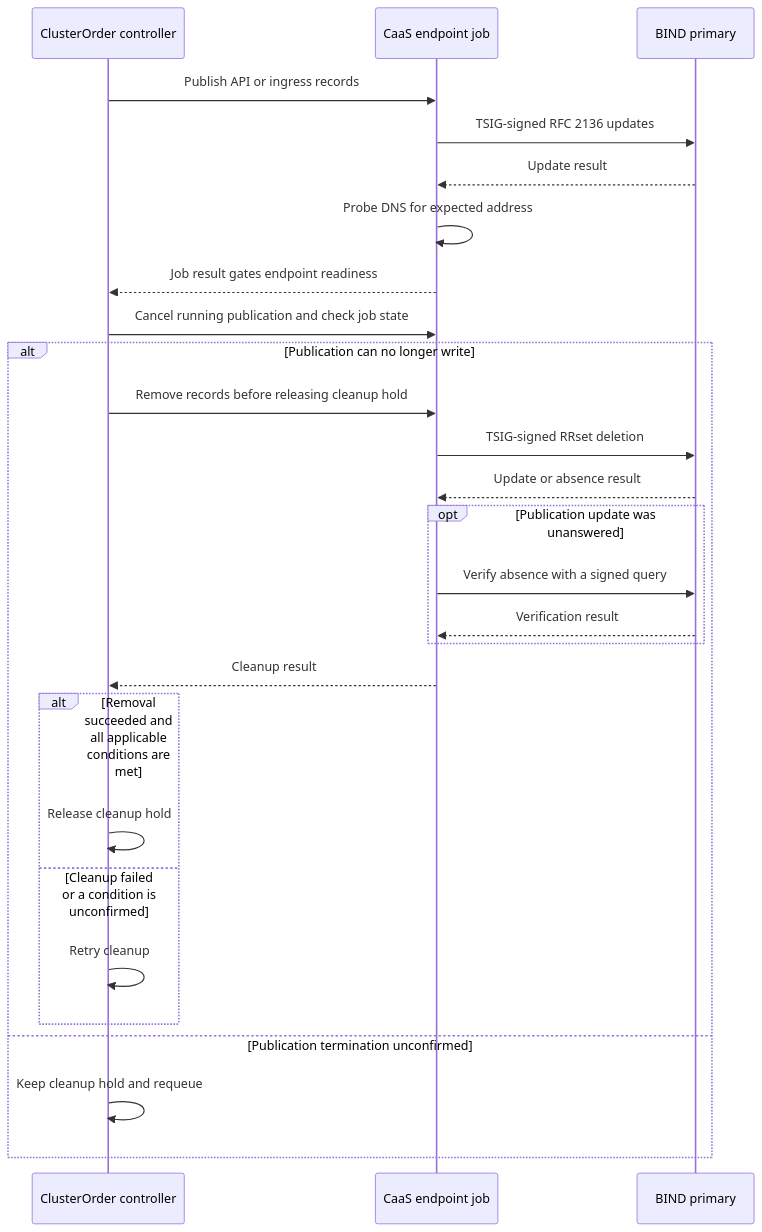
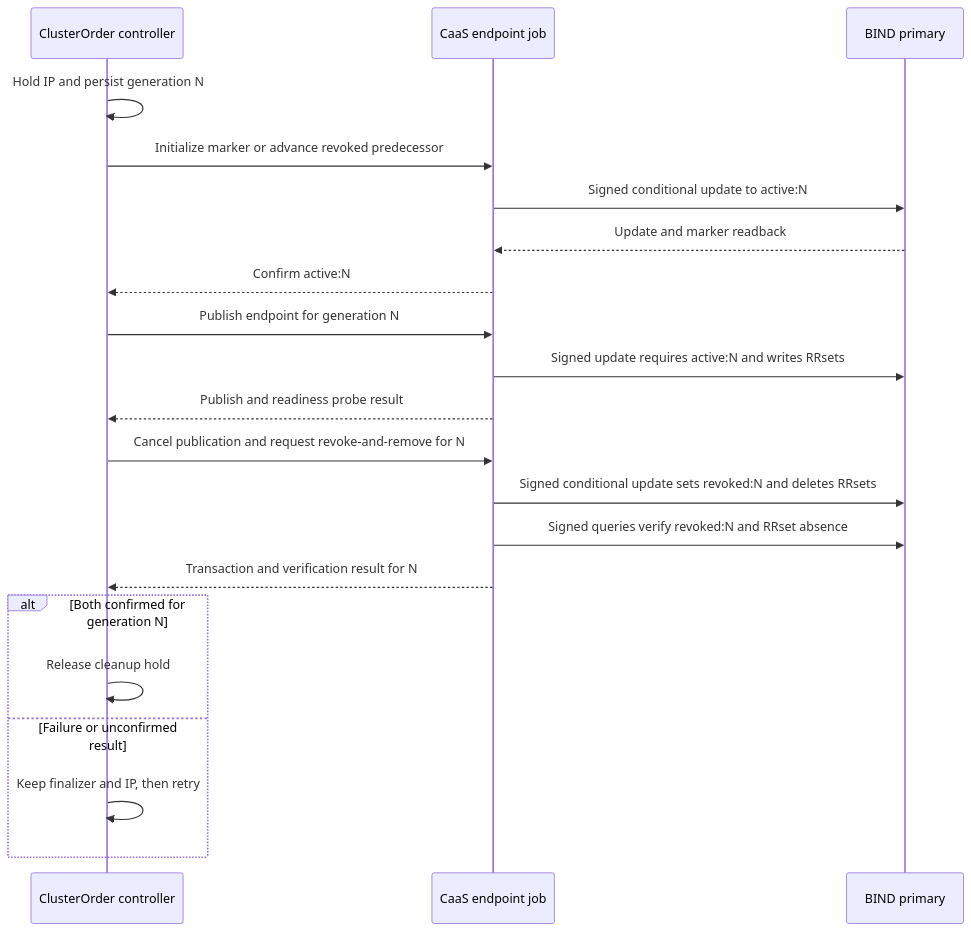
Before and after one commit to osac-project/enhancement-proposals: the diagram in enhancements/OSAC-2281-local-dns-backend-bind/design.md, drawn with Mermaid. The commit also changed other lines of this file and 1 other file, not shown here.

First line of the commit message:
OSAC-2281: Add BIND publish markers for safe DNS cleanup

````diff
--- a/enhancements/OSAC-2281-local-dns-backend-bind/design.md
+++ b/enhancements/OSAC-2281-local-dns-backend-bind/design.md
@@ -100,29 +96,23 @@
 ```mermaid
 sequenceDiagram
     participant CO as ClusterOrder controller
     participant AAP as CaaS endpoint job
     participant DNS as BIND primary
-    CO->>AAP: Publish API or ingress records
-    AAP->>DNS: TSIG-signed RFC 2136 updates
-    DNS-->>AAP: Update result
-    AAP->>AAP: Probe DNS for expected address
-    AAP-->>CO: Job result gates endpoint readiness
-    CO->>AAP: Cancel running publication and check job state
-    alt Publication can no longer write
-        CO->>AAP: Remove records before releasing cleanup hold
-        AAP->>DNS: TSIG-signed RRset deletion
-        DNS-->>AAP: Update or absence result
-        opt Publication update was unanswered
-            AAP->>DNS: Verify absence with a signed query
-            DNS-->>AAP: Verification result
-        end
-        AAP-->>CO: Cleanup result
-        alt Removal succeeded and all applicable conditions are met
-            CO->>CO: Release cleanup hold
-        else Cleanup failed or a condition is unconfirmed
-            CO->>CO: Retry cleanup
-        end
-    else Publication termination unconfirmed
-        CO->>CO: Keep cleanup hold and requeue
+    CO->>CO: Hold IP and persist generation N
+    CO->>AAP: Initialize marker or advance revoked predecessor
+    AAP->>DNS: Signed conditional update to active:N
+    DNS-->>AAP: Update and marker readback
+    AAP-->>CO: Confirm active:N
+    CO->>AAP: Publish endpoint for generation N
+    AAP->>DNS: Signed update requires active:N and writes RRsets
+    AAP-->>CO: Publish and readiness probe result
+    CO->>AAP: Cancel publication and request revoke-and-remove for N
+    AAP->>DNS: Signed conditional update sets revoked:N and deletes RRsets
+    AAP->>DNS: Signed queries verify revoked:N and RRset absence
+    AAP-->>CO: Transaction and verification result for N
+    alt Both confirmed for generation N
+        CO->>CO: Release cleanup hold
+    else Failure or unconfirmed result
+        CO->>CO: Keep finalizer and IP, then retry
     end
 ```
````
